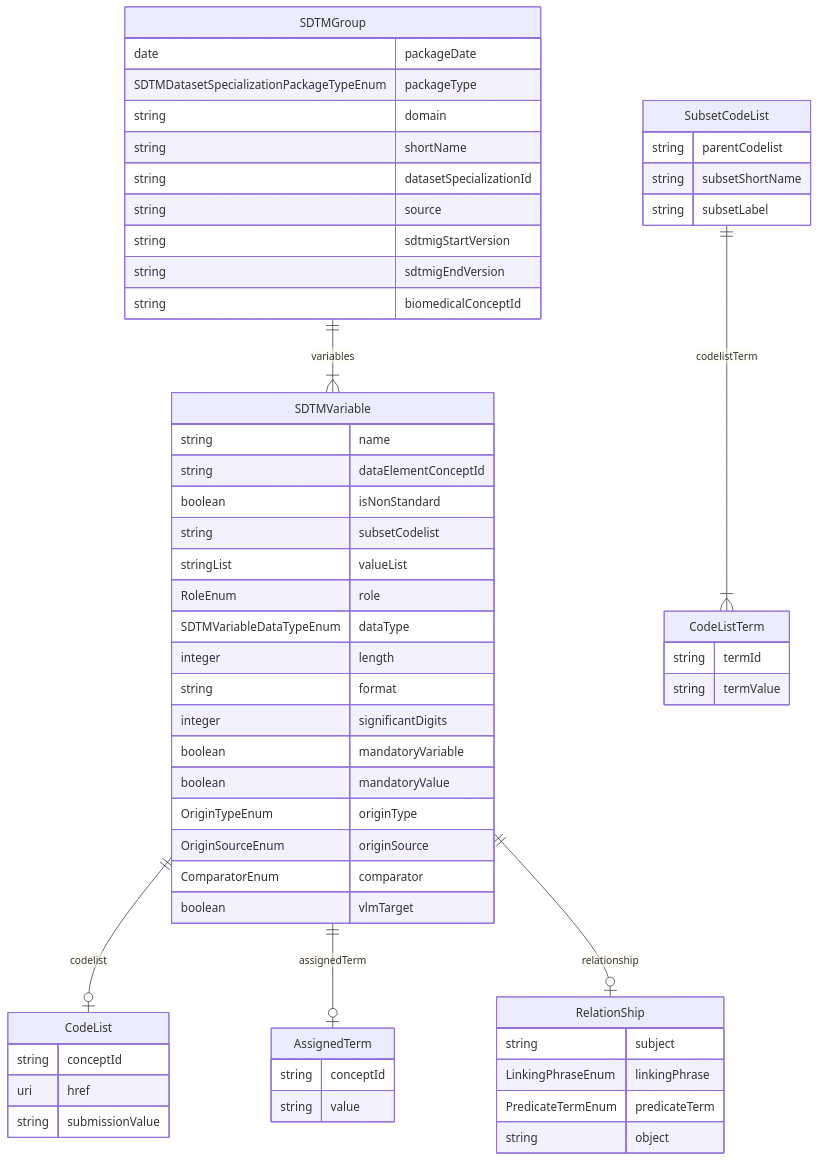
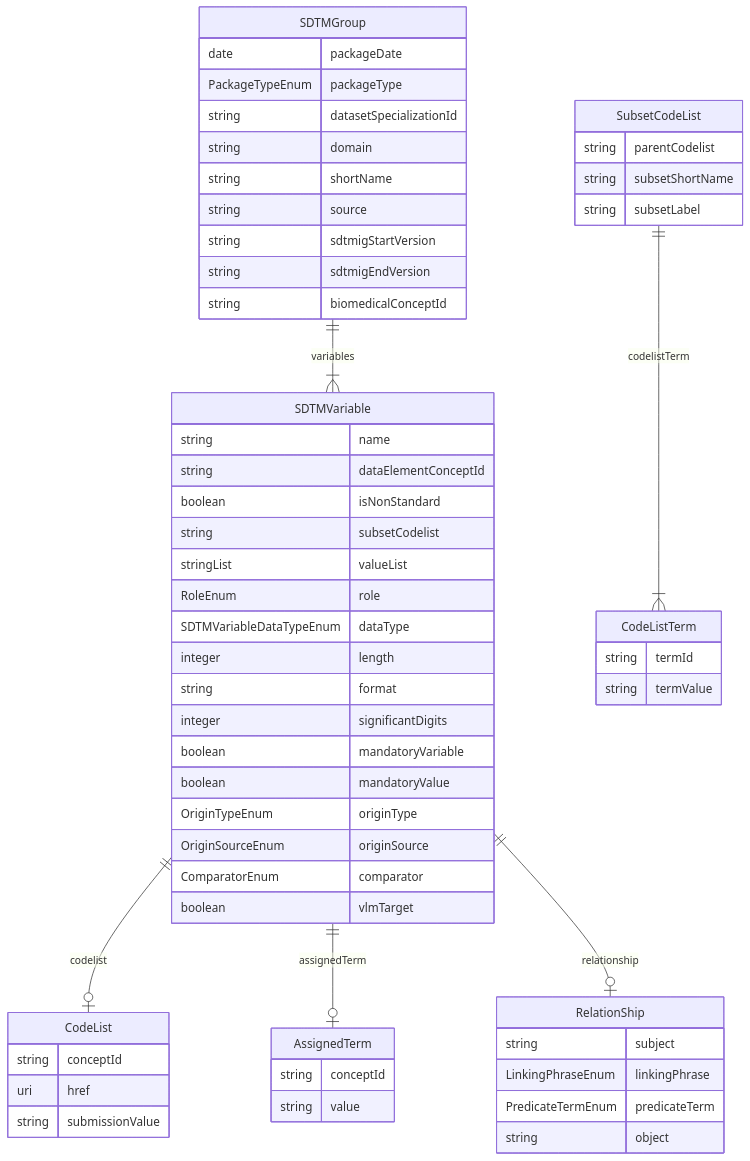
One commit to cdisc-org/COSMoS changed the diagram in model/cosmos_sdtm_bc_model.md. Above: the diagram before and after it, drawn with Mermaid. The commit also changed 64 other files, not shown here.

````diff
--- a/model/cosmos_sdtm_bc_model.md
+++ b/model/cosmos_sdtm_bc_model.md
@@ -1,63 +1,63 @@
 ```mermaid
 erDiagram
 SDTMGroup {
     date packageDate  
-    SDTMDatasetSpecializationPackageTypeEnum packageType  
+    PackageTypeEnum packageType  
+    string datasetSpecializationId  
     string domain  
     string shortName  
-    string datasetSpecializationId  
     string source  
     string sdtmigStartVersion  
     string sdtmigEndVersion  
     string biomedicalConceptId  
 }
 SDTMVariable {
     string name  
     string dataElementConceptId  
     boolean isNonStandard  
     string subsetCodelist  
     stringList valueList  
     RoleEnum role  
     SDTMVariableDataTypeEnum dataType  
     integer length  
     string format  
     integer significantDigits  
     boolean mandatoryVariable  
     boolean mandatoryValue  
     OriginTypeEnum originType  
     OriginSourceEnum originSource  
     ComparatorEnum comparator  
     boolean vlmTarget  
 }
 RelationShip {
     string subject  
     LinkingPhraseEnum linkingPhrase  
     PredicateTermEnum predicateTerm  
     string object  
 }
 CodeList {
     string conceptId  
     uri href  
     string submissionValue  
 }
 CodeListTerm {
     string termId  
     string termValue  
 }
 SubsetCodeList {
     string parentCodelist  
     string subsetShortName  
     string subsetLabel  
 }
 AssignedTerm {
     string conceptId  
     string value  
 }
 
 SDTMGroup ||--}| SDTMVariable : "variables"
 SDTMVariable ||--|o CodeList : "codelist"
 SDTMVariable ||--|o AssignedTerm : "assignedTerm"
 SDTMVariable ||--|o RelationShip : "relationship"
 SubsetCodeList ||--}| CodeListTerm : "codelistTerm"
 
 ```
````
